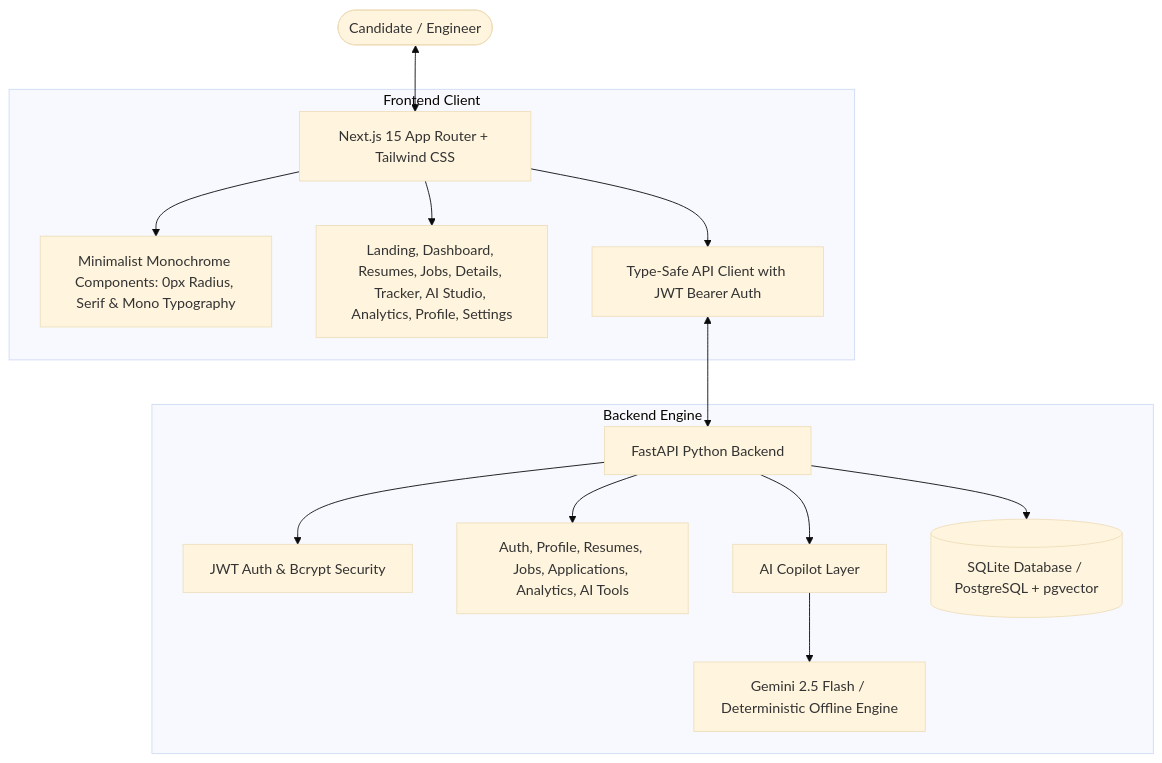
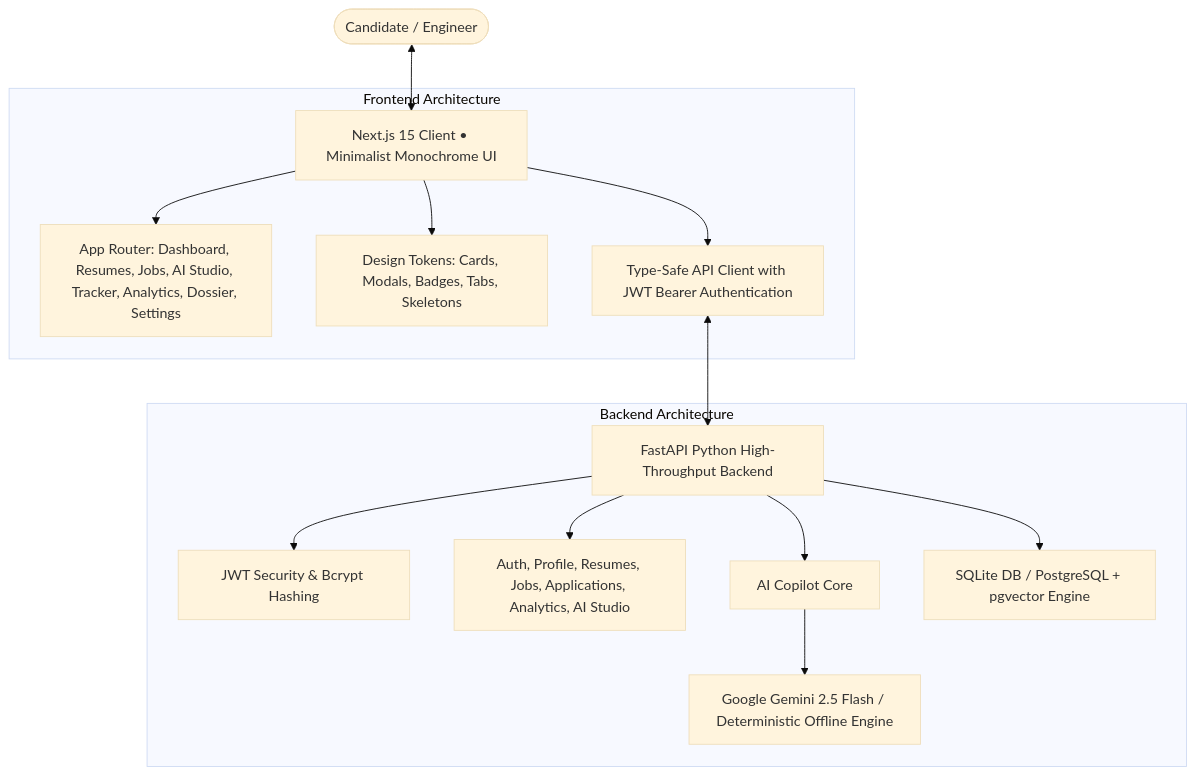
Before and after one commit to Ishant6565/Product-Ai-Career-Copilot: the diagram in README.md, drawn with Mermaid (base theme). The commit also changed other lines of this file, not shown here.

Commit message:
docs: enrich README with complete architecture, API reference, and project structure

````diff
--- a/README.md
+++ b/README.md
@@ -66,20 +105,20 @@
 ```mermaid
 graph TD
-    User([Candidate / Engineer]) <--> FE[Next.js 15 App Router + Tailwind CSS]
+    User([Candidate / Engineer]) <--> FE[Next.js 15 Client • Minimalist Monochrome UI]
     
-    subgraph Frontend Client
-        FE --> UI[Minimalist Monochrome Components: 0px Radius, Serif & Mono Typography]
-        FE --> CorePages[Landing, Dashboard, Resumes, Jobs, Details, Tracker, AI Studio, Analytics, Profile, Settings]
-        FE --> ApiClient[Type-Safe API Client with JWT Bearer Auth]
+    subgraph Frontend Architecture
+        FE --> CorePages[App Router: Dashboard, Resumes, Jobs, AI Studio, Tracker, Analytics, Dossier, Settings]
+        FE --> CommonUI[Design Tokens: Cards, Modals, Badges, Tabs, Skeletons]
+        FE --> ApiClient[Type-Safe API Client with JWT Bearer Authentication]
     end
     
-    ApiClient <--> BE[FastAPI Python Backend]
+    ApiClient <--> BE[FastAPI Python High-Throughput Backend]
     
-    subgraph Backend Engine
-        BE --> Auth[JWT Auth & Bcrypt Security]
-        BE --> Routers[Auth, Profile, Resumes, Jobs, Applications, Analytics, AI Tools]
-        BE --> AIService[AI Copilot Layer]
-        AIService --> LLMAdapter[Gemini 2.5 Flash / Deterministic Offline Engine]
-        BE --> DB[(SQLite Database / PostgreSQL + pgvector)]
+    subgraph Backend Architecture
+        BE --> Auth[JWT Security & Bcrypt Hashing]
+        BE --> Routers[Auth, Profile, Resumes, Jobs, Applications, Analytics, AI Studio]
+        BE --> AIService[AI Copilot Core]
+        AIService --> ModelRouter[Google Gemini 2.5 Flash / Deterministic Offline Engine]
+        BE --> Storage[SQLite DB / PostgreSQL + pgvector Engine]
     end
 ```
````
